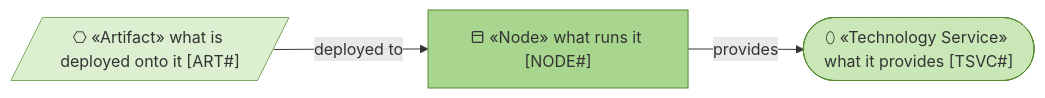
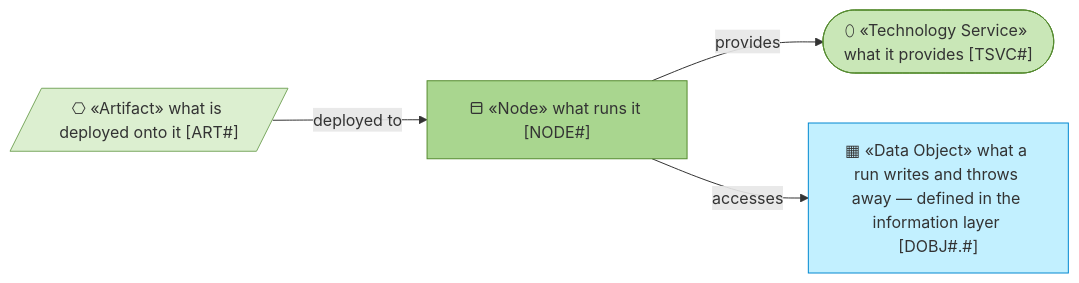
The first of 3 diagrams in product-archreator/architecture/5_technology/1_technology-and-deployment.md (roanboc/architecture-archreator), drawn with Mermaid before and after one commit. The commit also changed other lines of this file and 17 other files, not shown here.

````diff
--- a/product-archreator/architecture/5_technology/1_technology-and-deployment.md
+++ b/product-archreator/architecture/5_technology/1_technology-and-deployment.md
@@ -16,13 +16,16 @@
 ```mermaid
 flowchart LR
   node["⬒ «Node» what runs it [NODE#]"]:::tech
   tsvc(["⬯ «Technology Service» what it provides [TSVC#]"]):::tsvc
   art[/"⎔ «Artifact» what is deployed onto it [ART#]"/]:::art
+  dobj["▦ «Data Object» what a run writes and throws away — defined in the information layer [DOBJ#.#]"]:::info
 
   node -->|provides| tsvc
   art -->|deployed to| node
+  node -->|accesses| dobj
 
   classDef tech fill:#a9d68f,stroke:#558b2f,color:#333
   classDef tsvc fill:#c9e7b7,stroke:#558b2f,color:#333
   classDef art fill:#dcefd0,stroke:#7aa860,color:#333
+  classDef info fill:#c2f0ff,stroke:#0288d1,color:#333
 ```
````
